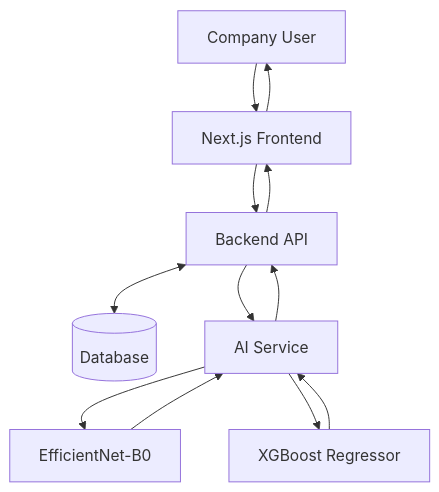
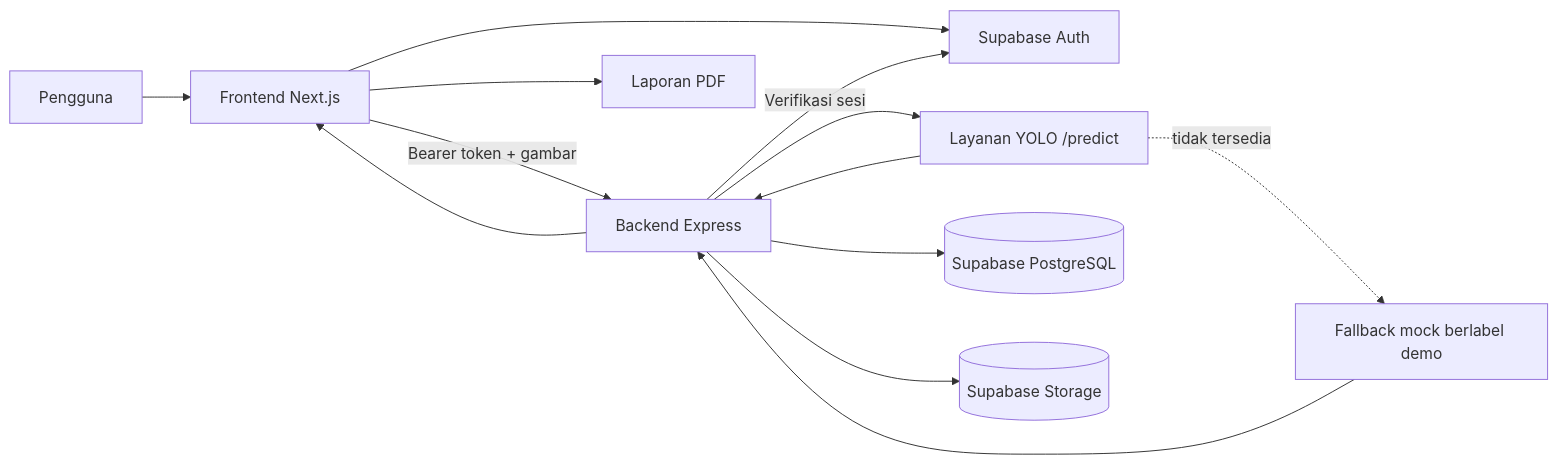
Before and after one commit to raykenzienazaru-dot/PNJ: the first of 2 diagrams in README.MD, drawn with Mermaid. The commit also changed other lines of this file and 44 other files, not shown here.

````diff
--- a/README.MD
+++ b/README.MD
@@ -201,14 +165,15 @@
 ```mermaid
-flowchart TD
-    U[Company User] --> FE[Next.js Frontend]
-    FE --> BE[Backend API]
-    BE <--> DB[(Database)]
-    BE --> AIS[AI Service]
-    AIS --> CNN[EfficientNet-B0]
-    AIS --> XGB[XGBoost Regressor]
-    CNN --> AIS
-    XGB --> AIS
-    AIS --> BE
+flowchart LR
+    U[Pengguna] --> FE[Frontend Next.js]
+    FE --> AUTH[Supabase Auth]
+    FE -->|Bearer token + gambar| BE[Backend Express]
+    BE -->|Verifikasi sesi| AUTH
+    BE --> YOLO[Layanan YOLO /predict]
+    YOLO --> BE
+    BE --> DB[(Supabase PostgreSQL)]
+    BE --> ST[(Supabase Storage)]
     BE --> FE
-    FE --> U
+    FE --> PDF[Laporan PDF]
+    YOLO -. tidak tersedia .-> MOCK[Fallback mock berlabel demo]
+    MOCK --> BE
 ```
````
